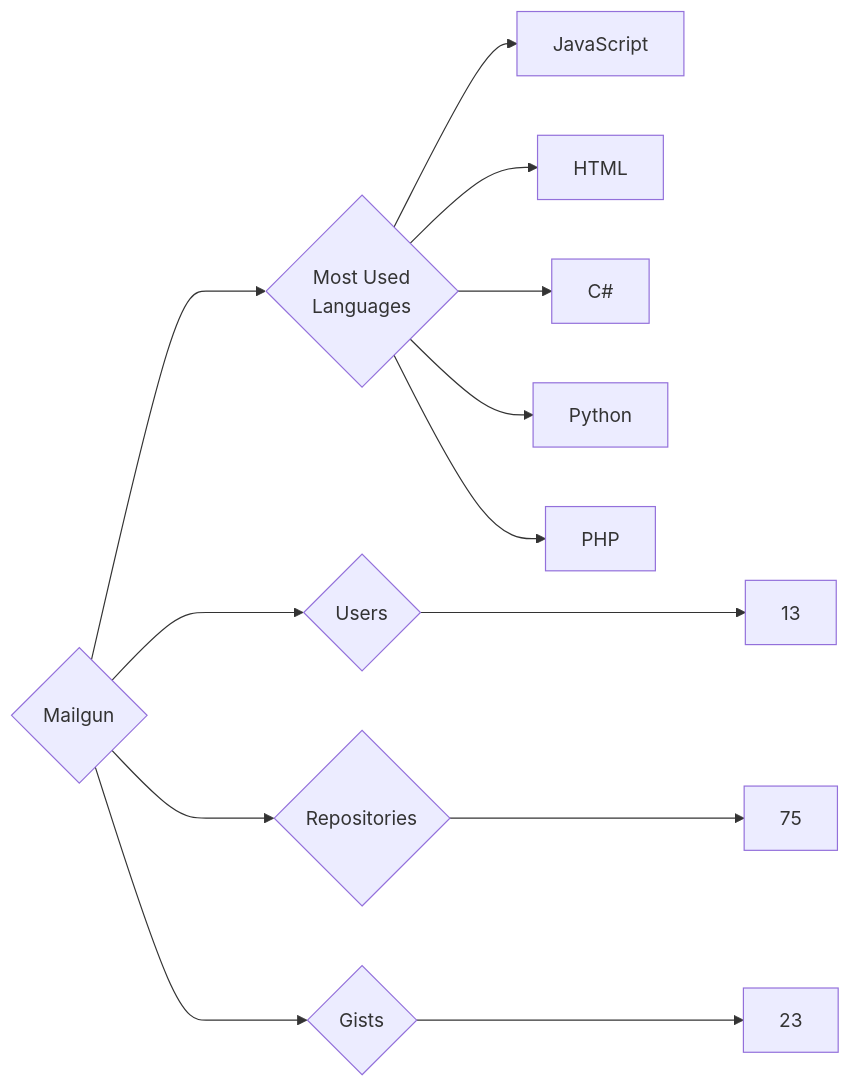
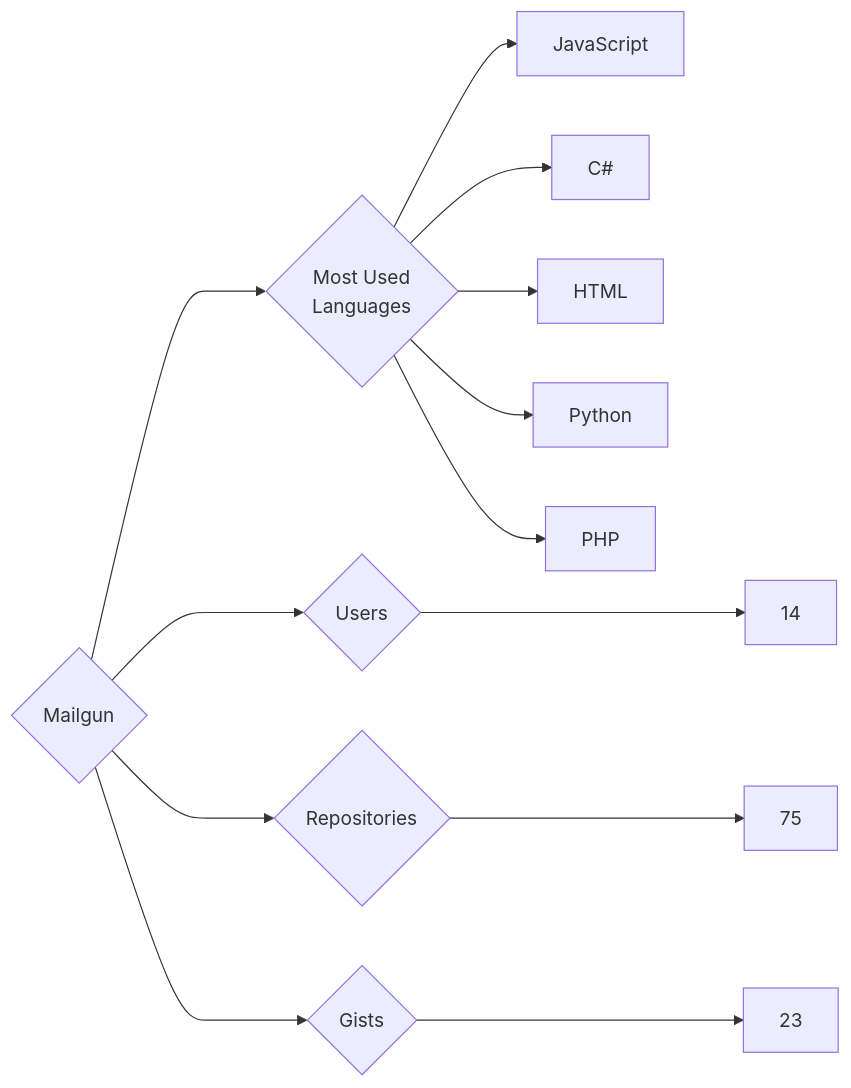
One commit to trickest/insiders changed the diagram in targets/Mailgun/README.md. Above: the diagram before and after it, drawn with Mermaid. The commit also changed 1084 other files, not shown here.

````diff
--- a/targets/Mailgun/README.md
+++ b/targets/Mailgun/README.md
@@ -3,13 +3,13 @@
 ```mermaid
 graph LR
 COMPANY_NAME{Mailgun}
-COMPANY_NAME ---> U{Users} ---> UN[13]
+COMPANY_NAME ---> U{Users} ---> UN[14]
 COMPANY_NAME ---> R{Repositories} ---> RN[75]
 COMPANY_NAME ---> G{Gists} ---> GN[23]
 COMPANY_NAME ---> ML{Most Used<br>Languages}
 ML --> JavaScript[JavaScript]
+ML --> C#[C#]
 ML --> HTML[HTML]
-ML --> C#[C#]
 ML --> Python[Python]
 ML --> PHP[PHP]
 ```
````
